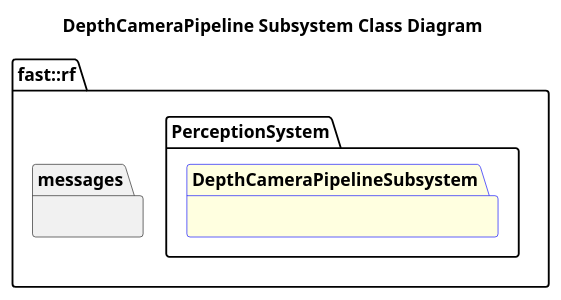
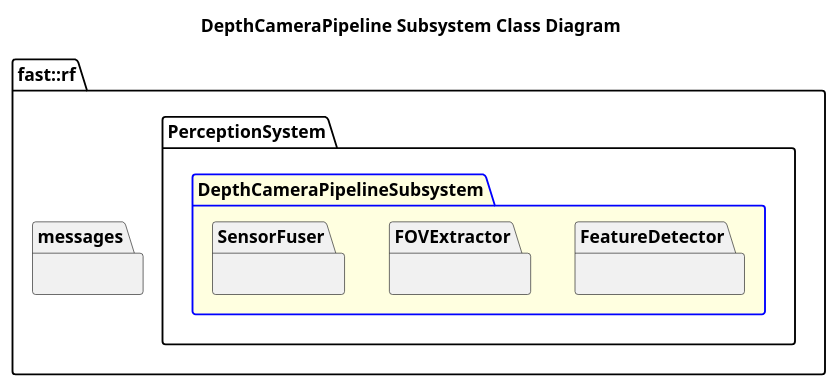
One commit to fastrobotics/robot_framework changed the diagram in Systems/Perception/Subsystems/DepthCameraPipeline/doc/puml/DepthCameraPipelineSubsystemClassDiagram.puml. Above: the diagram before and after it, drawn with PlantUML. The commit also changed 5 other files, not shown here.

```diff
--- a/Systems/Perception/Subsystems/DepthCameraPipeline/doc/puml/DepthCameraPipelineSubsystemClassDiagram.puml
+++ b/Systems/Perception/Subsystems/DepthCameraPipeline/doc/puml/DepthCameraPipelineSubsystemClassDiagram.puml
@@ -2,11 +2,20 @@
 @startuml
 title DepthCameraPipeline Subsystem Class Diagram
 namespace fast::rf {
   namespace messages {
   }
   namespace PerceptionSystem {
     package DepthCameraPipelineSubsystem #LightYellow;line:blue {
+        namespace FeatureDetector {
+
+        }
+        namespace FOVExtractor {
+
+        }
+        namespace SensorFuser {
+            
+        }
     }
   }
 }
 @enduml
```
